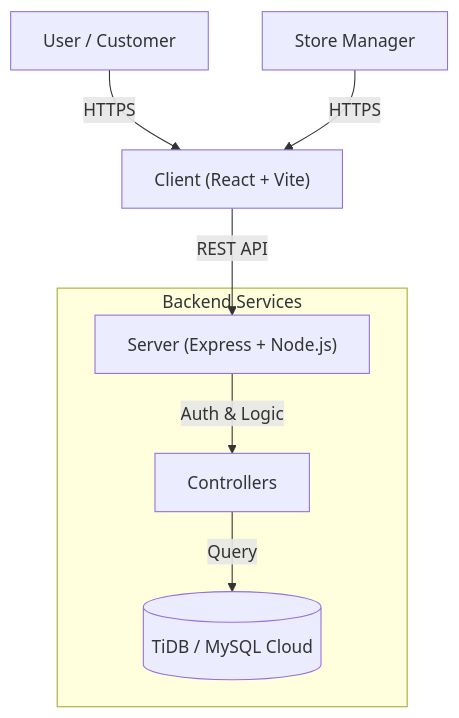
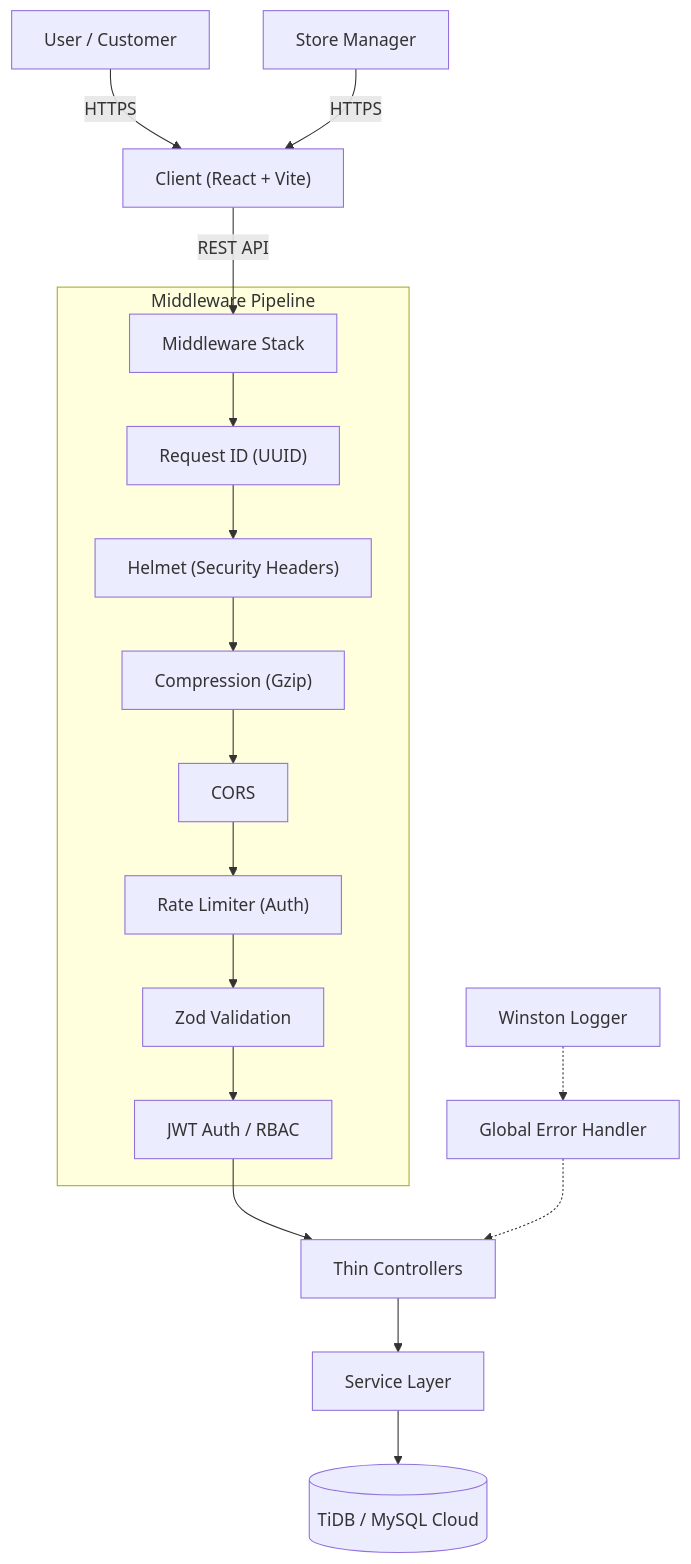
One commit to yom1nr/coffee-ordering-system changed the first of 2 diagrams in README.md. Above: the diagram before and after it, drawn with Mermaid. The commit also changed other lines of this file and 41 other files, not shown here.

Commit message:
feat: enterprise upgrade - service layer, Zod validation, Winston logging, error handling, pagination, Docker, tests

````diff
--- a/README.md
+++ b/README.md
@@ -54,14 +59,24 @@
 ```mermaid
-
 graph TD
     User["User / Customer"] -->|"HTTPS"| Client["Client (React + Vite)"]
     Admin["Store Manager"] -->|"HTTPS"| Client
 
-    Client -->|"REST API"| Server["Server (Express + Node.js)"]
+    Client -->|"REST API"| MW["Middleware Stack"]
 
-    subgraph Backend["Backend Services"]
-        Server -->|"Auth & Logic"| Controller["Controllers"]
-        Controller -->|"Query"| DB[("TiDB / MySQL Cloud")]
+    subgraph MiddlewareStack["Middleware Pipeline"]
+        MW --> RID["Request ID (UUID)"]
+        RID --> HEL["Helmet (Security Headers)"]
+        HEL --> COMP["Compression (Gzip)"]
+        COMP --> CORS["CORS"]
+        CORS --> RL["Rate Limiter (Auth)"]
+        RL --> VAL["Zod Validation"]
+        VAL --> AUTH["JWT Auth / RBAC"]
     end
 
+    AUTH --> Controller["Thin Controllers"]
+    Controller --> Service["Service Layer"]
+    Service --> DB[("TiDB / MySQL Cloud")]
+
+    ERR["Global Error Handler"] -.-> Controller
+    LOG["Winston Logger"] -.-> ERR
 ```
````
